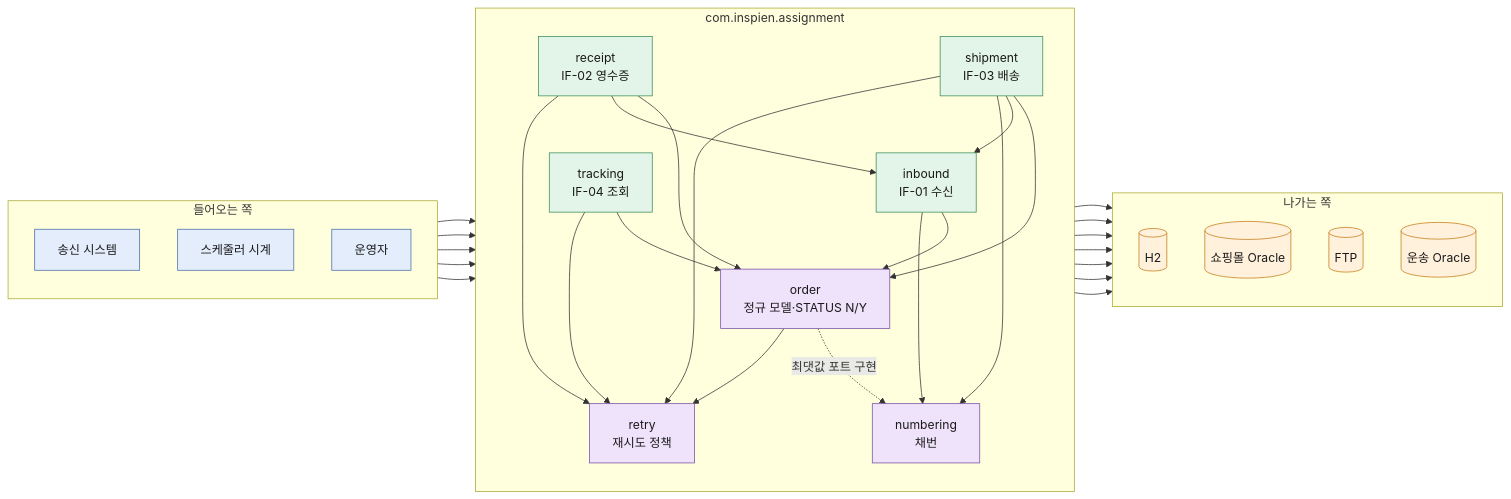
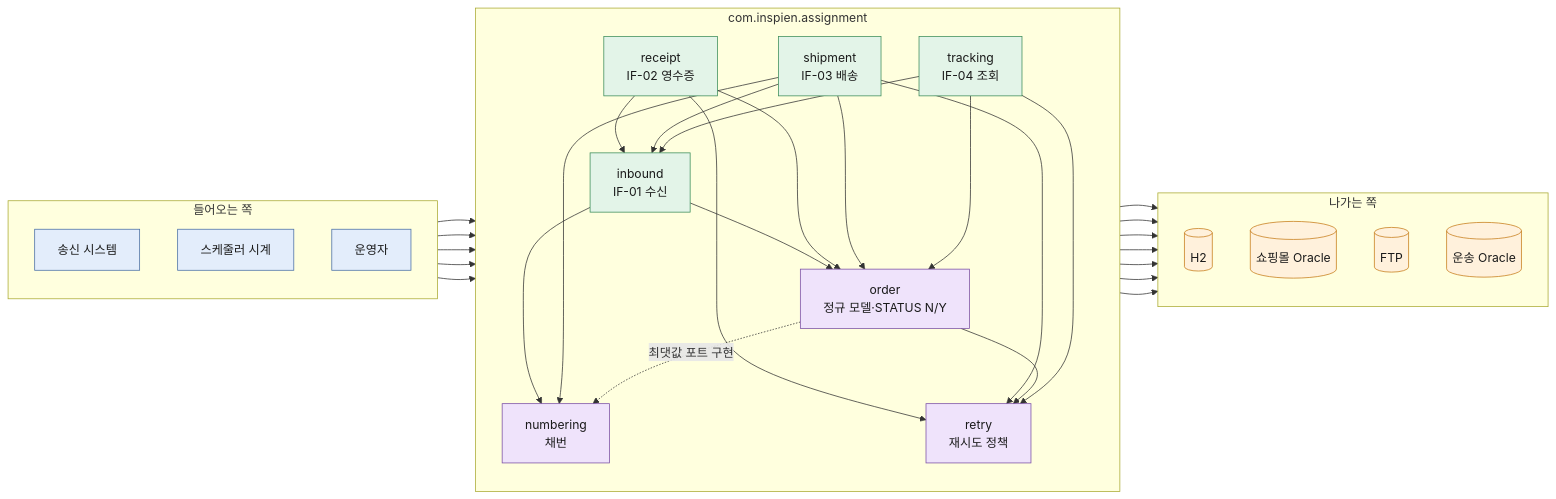
One commit to milkkwong2/inspien-assignment changed the fourth of 21 diagrams in docs/design.md. Above: the diagram before and after it, drawn with Mermaid. The commit also changed other lines of this file and 2 other files, not shown here.

First line of the commit message:
test(arch): 도메인 사이 의존을 허용 목록으로 고정하고 tracking → inbound 명시 (D-21)

````diff
--- a/docs/design.md
+++ b/docs/design.md
@@ -166,56 +166,57 @@
 ```mermaid
 flowchart LR
     subgraph IN[들어오는 쪽]
         direction TB
         S[송신 시스템]:::ext
         T[스케줄러 시계]:::ext
         OP[운영자]:::ext
     end
     subgraph APP[com.inspien.assignment]
         direction TB
         inbound[inbound<br/>IF-01 수신]:::app
         receipt[receipt<br/>IF-02 영수증]:::app
         shipment[shipment<br/>IF-03 배송]:::app
         tracking[tracking<br/>IF-04 조회]:::app
         order[order<br/>정규 모델·STATUS N/Y]:::core
         numbering[numbering<br/>채번]:::core
         retry[retry<br/>재시도 정책]:::core
     end
     subgraph OUT[나가는 쪽]
         direction TB
         H2[(H2)]:::store
         SHOP[(쇼핑몰 Oracle)]:::store
         FTP[(FTP)]:::store
         SHIP[(운송 Oracle)]:::store
     end
     S --> inbound
     T --> receipt
     T --> shipment
     T --> order
     OP --> tracking
     inbound --> order
     inbound --> numbering
     receipt --> order
     receipt --> inbound
     receipt --> retry
     shipment --> order
     shipment --> inbound
     shipment --> numbering
     shipment --> retry
     order -. 최댓값 포트 구현 .-> numbering
     order --> retry
     tracking --> order
+    tracking --> inbound
     tracking --> retry
     inbound --> H2
     numbering --> H2
     retry --> H2
     tracking --> H2
     order --> SHOP
     receipt --> FTP
     shipment --> SHIP
 
     classDef ext fill:#e3edfb,stroke:#4a6fa5,color:#1a1a1a
     classDef app fill:#e3f4e8,stroke:#3c8d5a,color:#1a1a1a
     classDef core fill:#efe3fb,stroke:#7a4fa5,color:#1a1a1a
     classDef store fill:#fff1dc,stroke:#c77d1a,color:#1a1a1a
 ```
````
